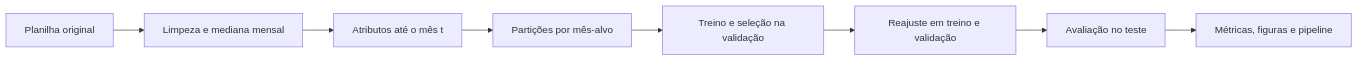
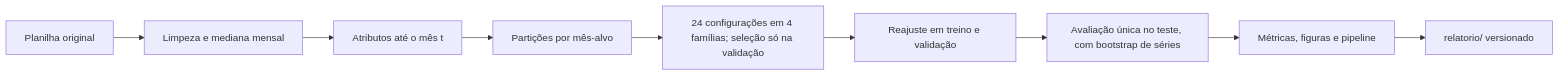
One commit to Gengo250/basket-price-analysis changed the diagram in docs/README.md. Above: the diagram before and after it, drawn with Mermaid. The commit also changed other lines of this file and 49 other files, not shown here.

````diff
--- a/docs/README.md
+++ b/docs/README.md
@@ -17,12 +17,13 @@
 ```mermaid
 flowchart LR
     accTitle: Fluxo da análise temporal
-    accDescr: A fonte original passa por limpeza e construção histórica, seguida de treino e seleção temporal, avaliação em teste e armazenamento de artefatos.
+    accDescr: A fonte original passa por limpeza e construção histórica, seguida de comparação entre famílias de algoritmos com seleção temporal, avaliação única em teste e publicação dos artefatos no relatório.
     fonte["Planilha original"] --> limpeza["Limpeza e mediana mensal"]
     limpeza --> atributos["Atributos até o mês t"]
     atributos --> divisao["Partições por mês-alvo"]
-    divisao --> selecao["Treino e seleção na validação"]
+    divisao --> selecao["24 configurações em 4 famílias; seleção só na validação"]
     selecao --> ajuste["Reajuste em treino e validação"]
-    ajuste --> teste["Avaliação no teste"]
+    ajuste --> teste["Avaliação única no teste, com bootstrap de séries"]
     teste --> artefatos["Métricas, figuras e pipeline"]
+    artefatos --> relatorio["relatorio/ versionado"]
 ```
````
